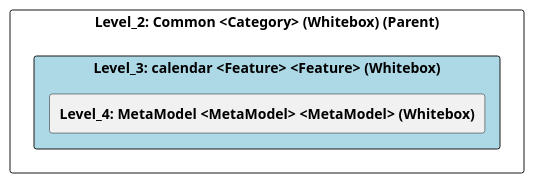
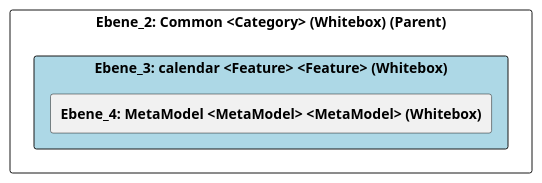
The diagram in doc/cleonproject_deliverables_architecture_model_architecture/adoc/de/05_bausteinsicht/cleon/common/calendar/ebene_3_calendar.adoc (marcozwyssig/cleon), drawn with PlantUML before and after one commit. The commit also changed other lines of this file and 150 other files, not shown here.

```diff
--- a/doc/cleonproject_deliverables_architecture_model_architecture/adoc/de/05_bausteinsicht/cleon/common/calendar/ebene_3_calendar.adoc
+++ b/doc/cleonproject_deliverables_architecture_model_architecture/adoc/de/05_bausteinsicht/cleon/common/calendar/ebene_3_calendar.adoc
@@ -20,26 +20,24 @@
-[plantuml, Level_3: calendar <Feature> <Feature> (Whitebox)BlockOverview, format="svg"]
+[plantuml, Ebene_3: calendar <Feature> <Feature> (Whitebox)BlockOverview, format="svg"]
 ----
-@startuml Level_3: calendar <Feature> <Feature> (Whitebox)BuildingBlockOverview
+@startuml Ebene_3: calendar <Feature> <Feature> (Whitebox)BuildingBlockOverview
 
 skinparam ranksep 10
 skinparam componentStyle rectangle
 skinparam shadowing false
 skinparam arrowColor lightblue
 skinparam arrowThickness 1.2
 skinparam rectangle {
   BackgroundColor White
   BorderColor #333
   RoundCorner 10
 }
 top to bottom direction
 
-component "Level_2: Common <Category> (Whitebox) (Parent)" {
-    component "Level_3: calendar <Feature> <Feature> (Whitebox)" #lightblue {
-        [**Level_4: MetaModel <MetaModel> <MetaModel> (Whitebox)**] as 4A56DE53_D579_11EE_903E_9F564E4DE07E
+component "Ebene_2: Common <Category> (Whitebox) (Parent)" {
+    component "Ebene_3: calendar <Feature> <Feature> (Whitebox)" #lightblue {
+        [**Ebene_4: MetaModel <MetaModel> <MetaModel> (Whitebox)**] as 4A56DE53_D579_11EE_903E_9F564E4DE07E
     }
-
-    
 }
 
 @enduml
 ----
```
